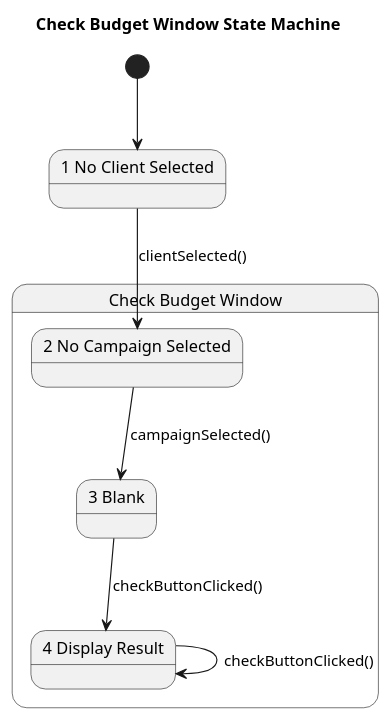
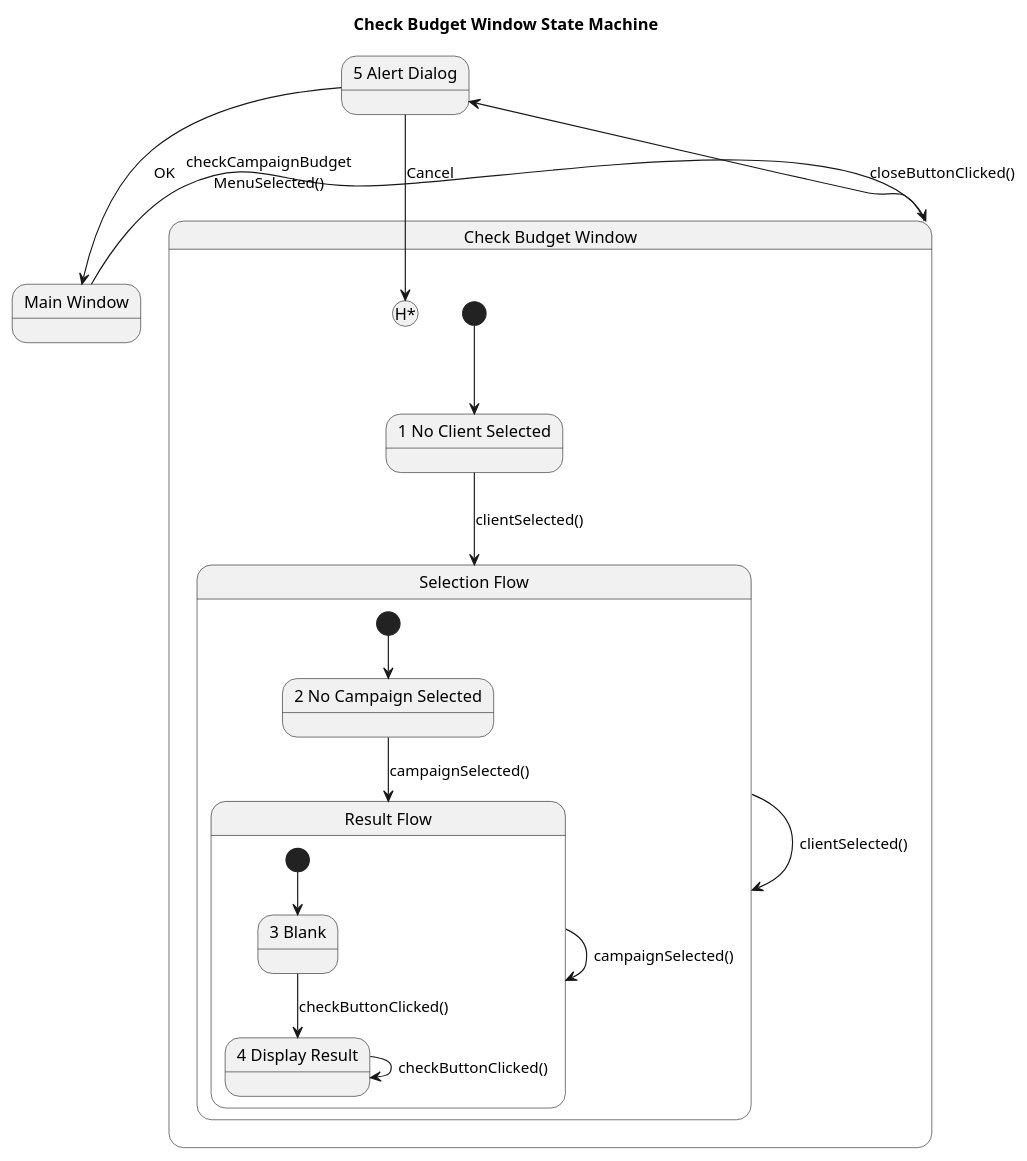
Before and after one commit to maimunafaria/State_transition_Diagram_generated_by_LLM: the diagram in dataset/case_67_ui/diagram.puml, drawn with PlantUML. The commit also changed 36 other files, not shown here.

Commit message:
verifying diagram ( plantuml )

```diff
--- a/dataset/case_67_ui/diagram.puml
+++ b/dataset/case_67_ui/diagram.puml
@@ -1,20 +1,42 @@
 @startuml
 title Check Budget Window State Machine
 
-[*] --> NoClientSelected
+state "Main Window" as MainWindow
+state "5 Alert Dialog" as AlertDialog
 
 state "Check Budget Window" as CBW {
+  [*] --> NoClientSelected
 
-  state NoClientSelected as "1 No Client Selected"
-  state NoCampaignSelected as "2 No Campaign Selected"
-  state Blank as "3 Blank"
-  state DisplayResult as "4 Display Result"
+  state "1 No Client Selected" as NoClientSelected
 
-  NoClientSelected --> NoCampaignSelected : clientSelected()
-  NoCampaignSelected --> Blank : campaignSelected()
-  Blank --> DisplayResult : checkButtonClicked()
-  DisplayResult --> DisplayResult : checkButtonClicked()
+  state "Selection Flow" as SelectionFlow {
+    [*] --> NoCampaignSelected
 
+    state "2 No Campaign Selected" as NoCampaignSelected
+
+    state "Result Flow" as ResultFlow {
+      [*] --> Blank
+      state "3 Blank" as Blank
+      state "4 Display Result" as DisplayResult
+
+      Blank --> DisplayResult : checkButtonClicked()
+      DisplayResult --> DisplayResult : checkButtonClicked()
+    }
+
+    NoCampaignSelected --> ResultFlow : campaignSelected()
+    ResultFlow --> ResultFlow : campaignSelected()
+  }
+
+  NoClientSelected --> SelectionFlow : clientSelected()
+  SelectionFlow --> SelectionFlow : clientSelected()
+  state H <<history*>>
 }
 
+MainWindow --> CBW : checkCampaignBudget\nMenuSelected()
+
+CBW --> AlertDialog : closeButtonClicked()
+
+AlertDialog --> MainWindow : OK
+AlertDialog --> H : Cancel
+
 @enduml
```
